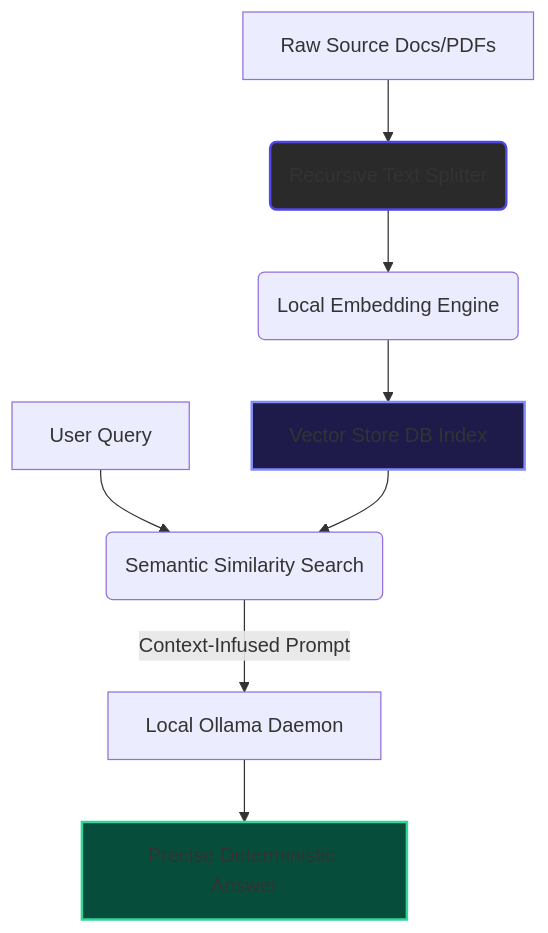
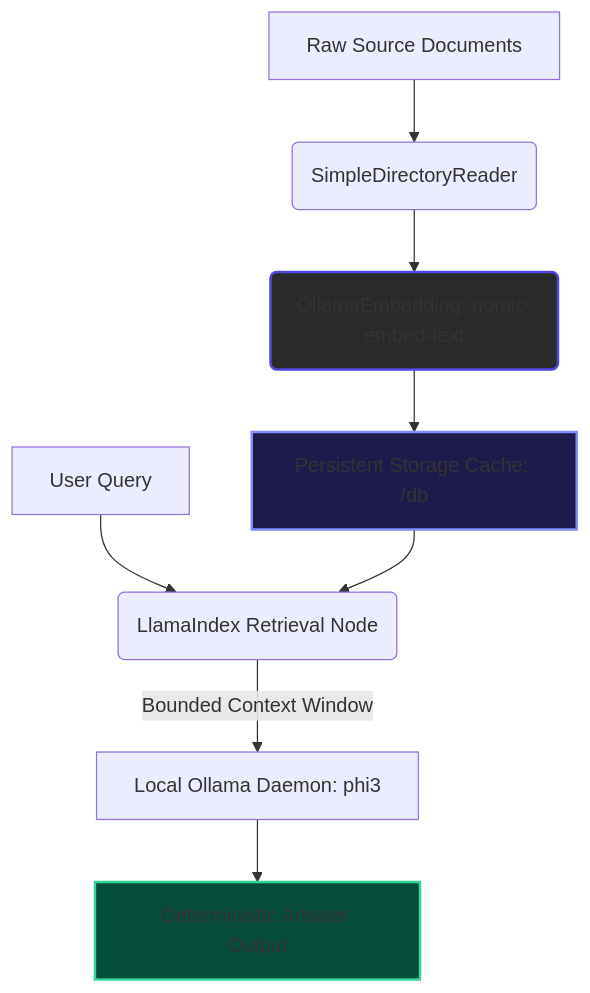
The diagram in README.md (cosmo95/Local-DocuBrain-RAG-Engine), drawn with Mermaid before and after one commit. The commit also changed other lines of this file and 1 other file, not shown here.

Commit message:
docs: finalize production-grade README documenting persistent LlamaIndex architecture

````diff
--- a/README.md
+++ b/README.md
@@ -16,14 +16,14 @@
 ```mermaid
 graph TD
-    A[Raw Source Docs/PDFs] --> B(Recursive Text Splitter)
-    B --> C(Local Embedding Engine)
-    C --> D[Vector Store DB Index]
-    E[User Query] --> F(Semantic Similarity Search)
+    A[Raw Source Documents] --> B(SimpleDirectoryReader)
+    B --> C(OllamaEmbedding: nomic-embed-text)
+    C --> D[Persistent Storage Cache: /db]
+    E[User Query] --> F(LlamaIndex Retrieval Node)
     D --> F
-    F -->|Context-Infused Prompt| G[Local Ollama Daemon]
-    G --> H[Precise Deterministic Answer]
+    F -->|Bounded Context Window| G[Local Ollama Daemon: phi3]
+    G --> H[Deterministic Answer Output]
 
-    style B fill:#2a2a2a,stroke:#4f46e5,stroke-width:2px;
+    style C fill:#2a2a2a,stroke:#4f46e5,stroke-width:2px;
     style D fill:#1e1b4b,stroke:#818cf8,stroke-width:2px;
     style H fill:#064e3b,stroke:#34d399,stroke-width:2px;
 ```
````
